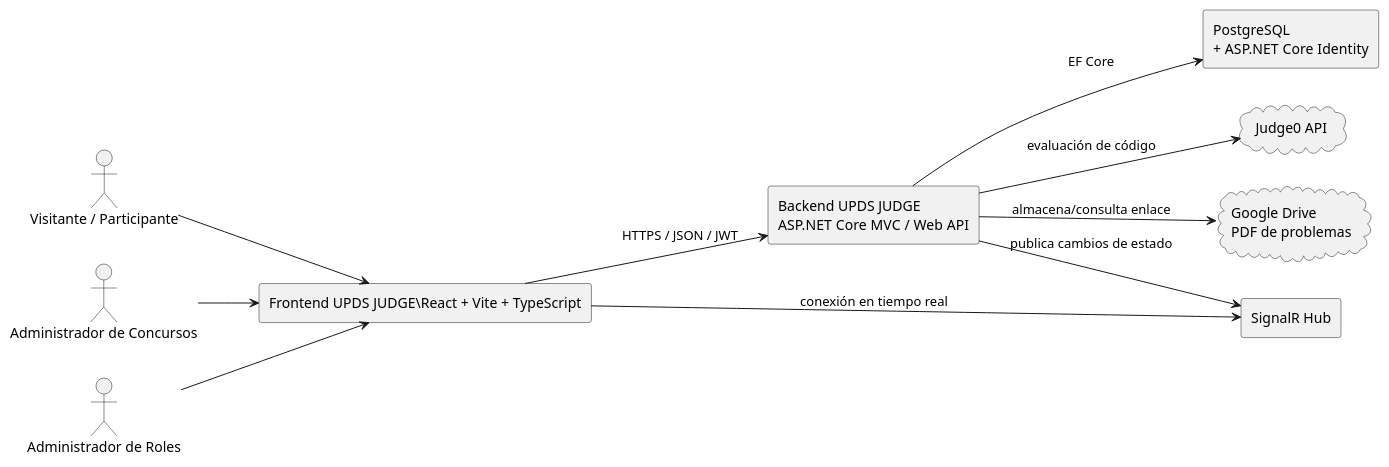
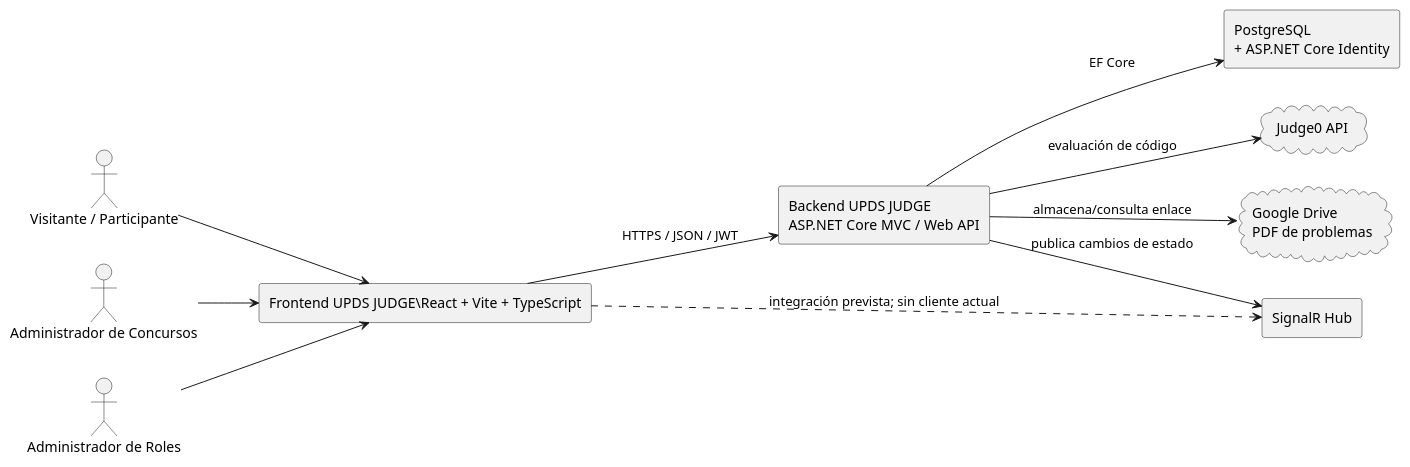
Before and after one commit to Alex-Fernandez-2003/UPDS-JUDGE-FRONT: the diagram in docs/puml/modelo-contexto.puml, drawn with PlantUML. The commit also changed 27 other files, not shown here.

```diff
--- a/docs/puml/modelo-contexto.puml
+++ b/docs/puml/modelo-contexto.puml
@@ -1,22 +1,22 @@
 @startuml
 left to right direction
 skinparam componentStyle rectangle
 actor "Visitante / Participante" as User
 actor "Administrador de Concursos" as ContestAdmin
 actor "Administrador de Roles" as RoleAdmin
 rectangle "Frontend UPDS JUDGE\React + Vite + TypeScript" as Front
 rectangle "Backend UPDS JUDGE\nASP.NET Core MVC / Web API" as Back
 rectangle "PostgreSQL\n+ ASP.NET Core Identity" as DB
 cloud "Judge0 API" as Judge
 cloud "Google Drive\nPDF de problemas" as Drive
 rectangle "SignalR Hub" as Hub
 User --> Front
 ContestAdmin --> Front
 RoleAdmin --> Front
 Front --> Back : HTTPS / JSON / JWT
-Front --> Hub : conexión en tiempo real
+Front ..> Hub : integración prevista; sin cliente actual
 Back --> DB : EF Core
 Back --> Judge : evaluación de código
 Back --> Drive : almacena/consulta enlace
 Back --> Hub : publica cambios de estado
 @enduml
```
